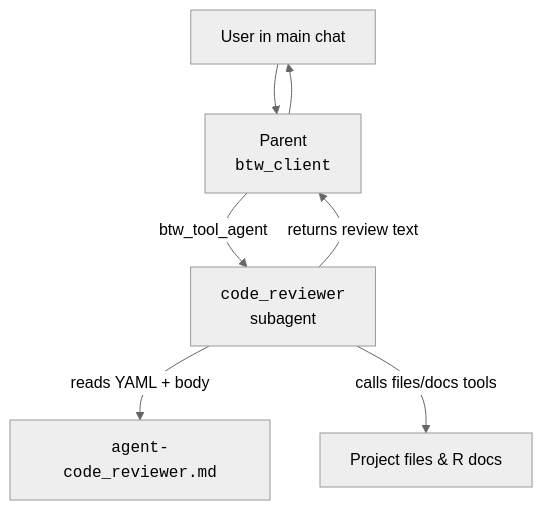
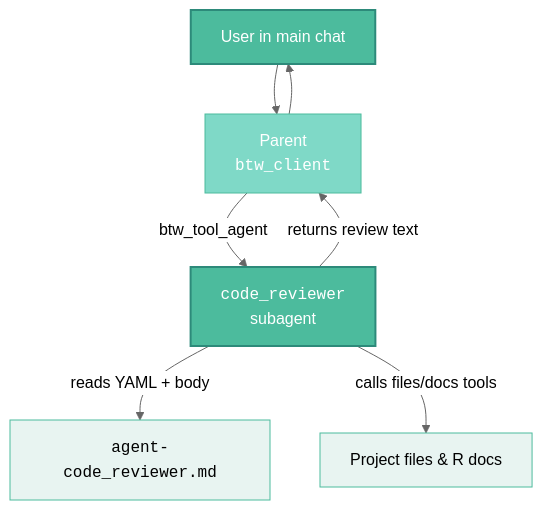
Before and after one commit to mjfrigaard/shiny-app-pkgs: the second of 3 diagrams in btw.qmd, drawn with Mermaid. The commit also changed other lines of this file, not shown here.

First line of the commit message:
Style all 3 mermaid diagrams in btw.qmd with teal palette

````diff
--- a/btw.qmd
+++ b/btw.qmd
@@ -616,14 +620,20 @@
 ```{mermaid}
 %%| fig-cap: 'Subagent call'
 %%| fig-align: center
 %%{init: {'theme': 'neutral', 'themeVariables': { 'fontFamily': 'monospace', "fontSize":"16px"}}}%%
 
 flowchart TD
     User[User in main chat] --> ParentChat["Parent<br><code>btw_client</code>"]
     ParentChat -->|btw_tool_agent| Subagent["<code>code_reviewer</code><br>subagent"]
     Subagent -->|reads YAML + body| Spec["<code>agent-code_reviewer.md</code>"]
     Subagent -->|calls files/docs tools| Project["Project files & R docs"]
     Subagent -->|returns review text| ParentChat
     ParentChat --> User
-    
+
+    style User fill:#4CBB9D,color:#fff,stroke:#2d8a7a,stroke-width:2px
+    style ParentChat fill:#7fd9c7,color:#fff,stroke:#4CBB9D,stroke-width:1px
+    style Subagent fill:#4CBB9D,color:#fff,stroke:#2d8a7a,stroke-width:2px
+    style Spec fill:#e8f4f1,stroke:#4CBB9D,stroke-width:1px,color:#000
+    style Project fill:#e8f4f1,stroke:#4CBB9D,stroke-width:1px,color:#000
+
 ```
````
